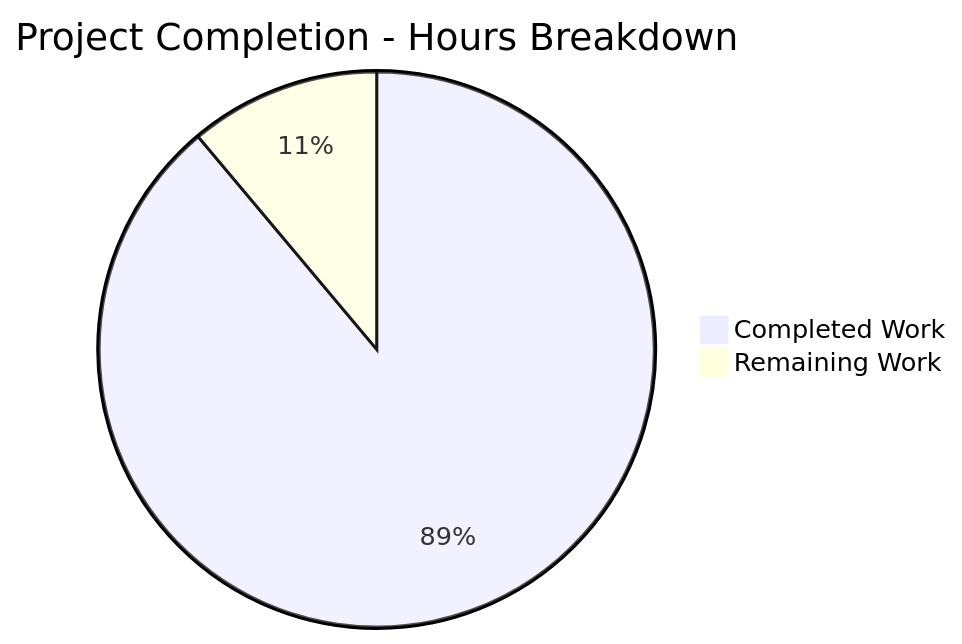
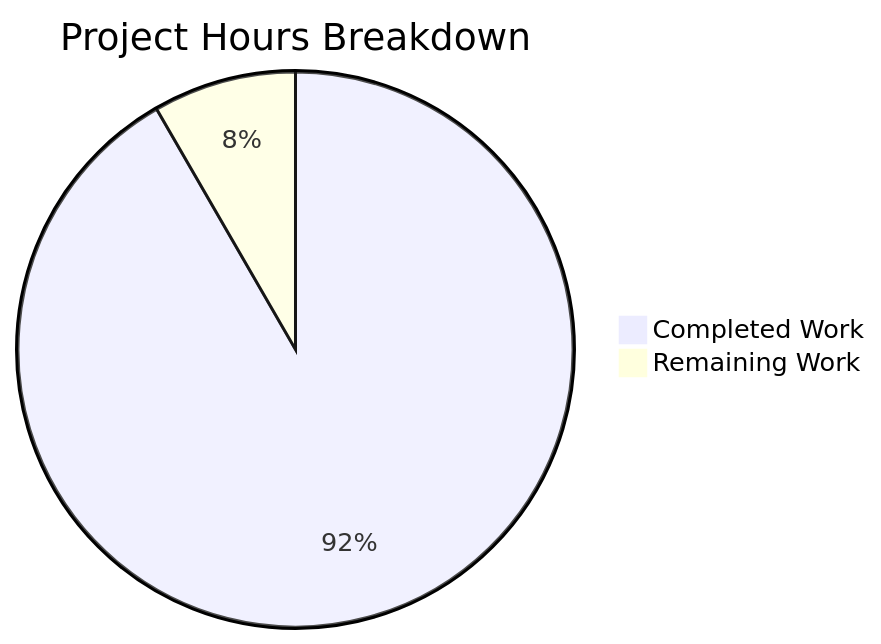
Before and after one commit to blitzytest02/NOV24_5: the diagram in blitzy/documentation/Project Guide.md, drawn with Mermaid. The commit also changed other lines of this file, not shown here.

Commit message:
Adding Blitzy Project Guide: Project Status and Human Tasks Remaining

````diff
--- a/blitzy/documentation/Project Guide.md
+++ b/blitzy/documentation/Project Guide.md
@@ -225,5 +56,5 @@
 ```mermaid
-pie title Project Completion - Hours Breakdown
-    "Completed Work" : 8
-    "Remaining Work" : 1
+pie title Project Hours Breakdown
+    "Completed Work" : 2.75
+    "Remaining Work" : 0.25
 ```
````
